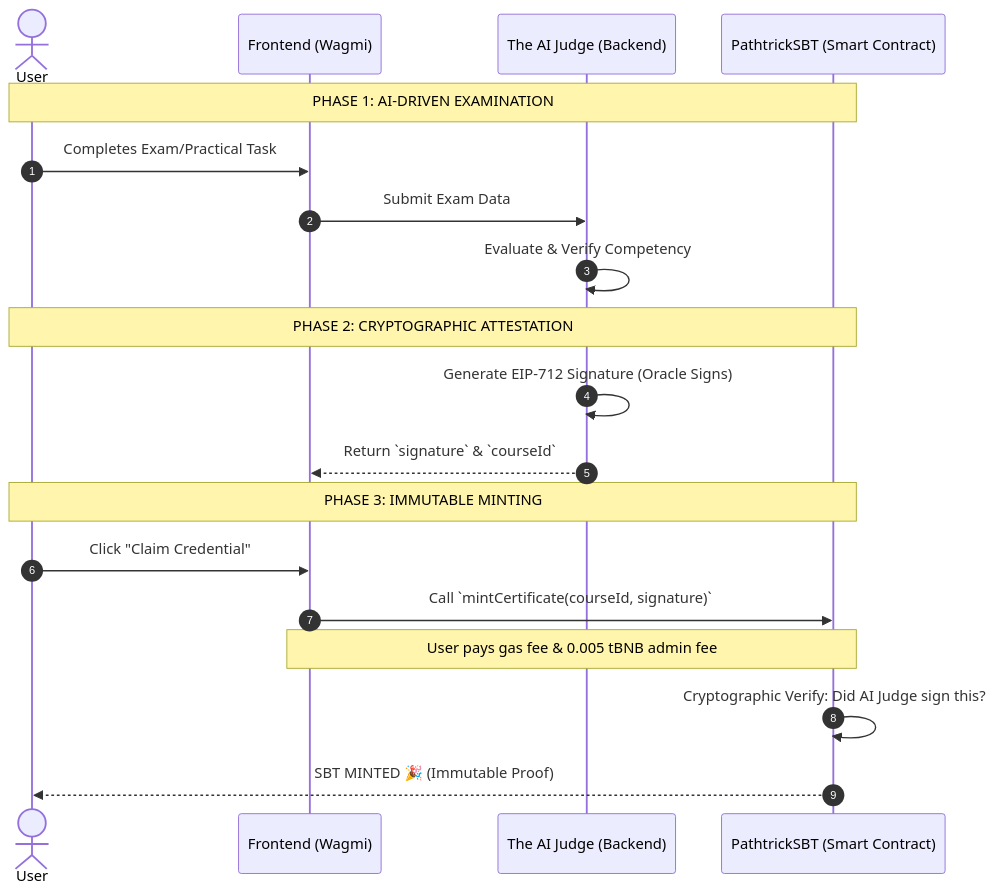
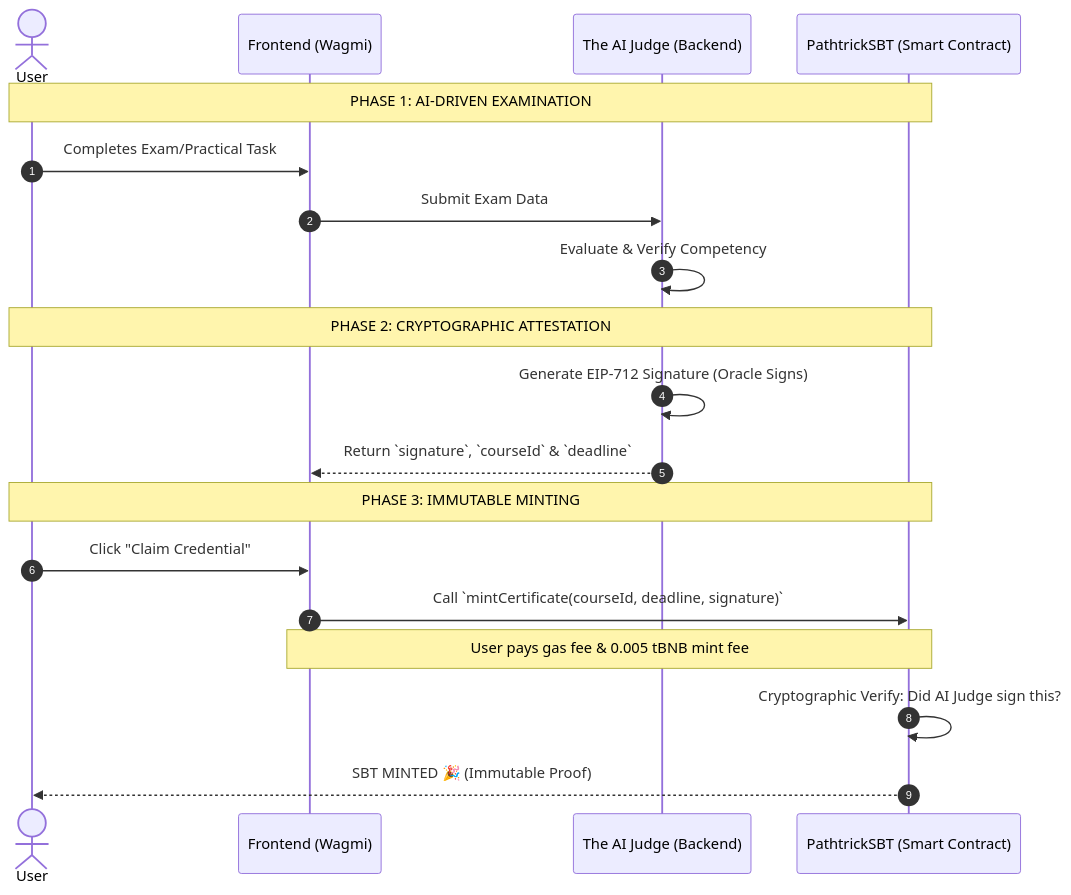
One commit to westoryyyy/PathTrick changed the diagram in README.md. Above: the diagram before and after it, drawn with Mermaid. The commit also changed other lines of this file, not shown here.

````diff
--- a/README.md
+++ b/README.md
@@ -54,24 +81,24 @@
 ```mermaid
 sequenceDiagram
     autonumber
     actor User
     participant Frontend as Frontend (Wagmi)
     participant AIJudge as The AI Judge (Backend)
     participant SC as PathtrickSBT (Smart Contract)
 
     Note over User, SC: PHASE 1: AI-DRIVEN EXAMINATION
     User->>Frontend: Completes Exam/Practical Task
     Frontend->>AIJudge: Submit Exam Data
     AIJudge->>AIJudge: Evaluate & Verify Competency
-    
+
     Note over User, SC: PHASE 2: CRYPTOGRAPHIC ATTESTATION
     AIJudge->>AIJudge: Generate EIP-712 Signature (Oracle Signs)
-    AIJudge-->>Frontend: Return `signature` & `courseId`
-    
+    AIJudge-->>Frontend: Return `signature`, `courseId` & `deadline`
+
     Note over User, SC: PHASE 3: IMMUTABLE MINTING
     User->>Frontend: Click "Claim Credential"
-    Frontend->>SC: Call `mintCertificate(courseId, signature)`
-    Note over Frontend, SC: User pays gas fee & 0.005 tBNB admin fee
+    Frontend->>SC: Call `mintCertificate(courseId, deadline, signature)`
+    Note over Frontend, SC: User pays gas fee & 0.005 tBNB mint fee
     SC->>SC: Cryptographic Verify: Did AI Judge sign this?
     SC-->>User: SBT MINTED 🎉 (Immutable Proof)
 ```
````
